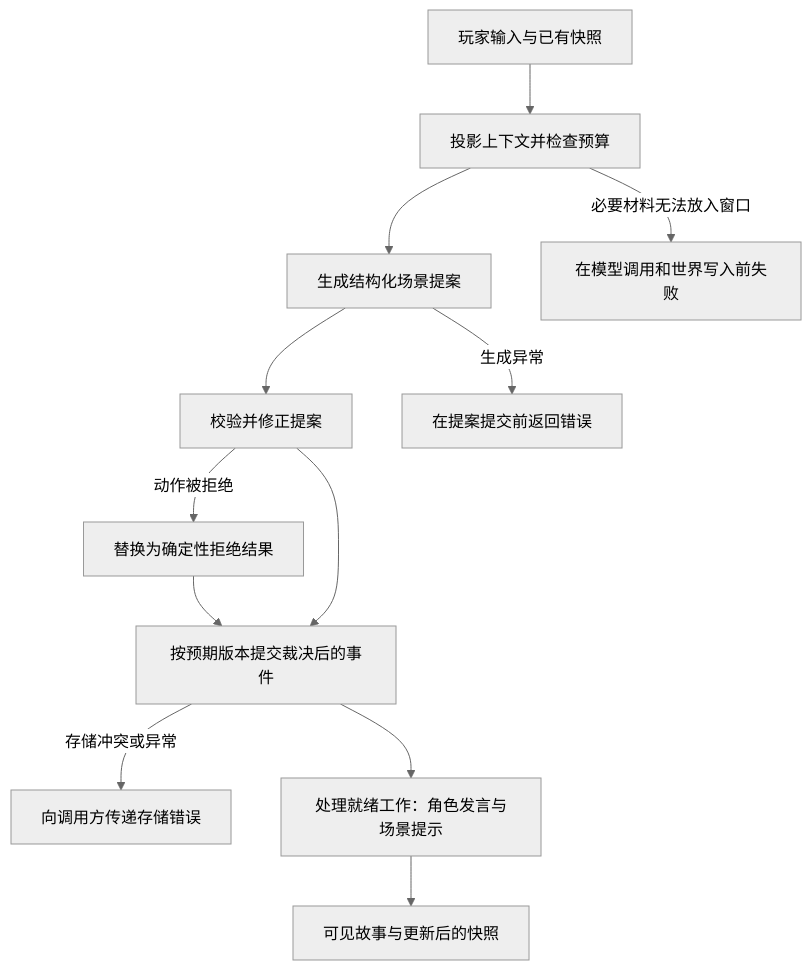
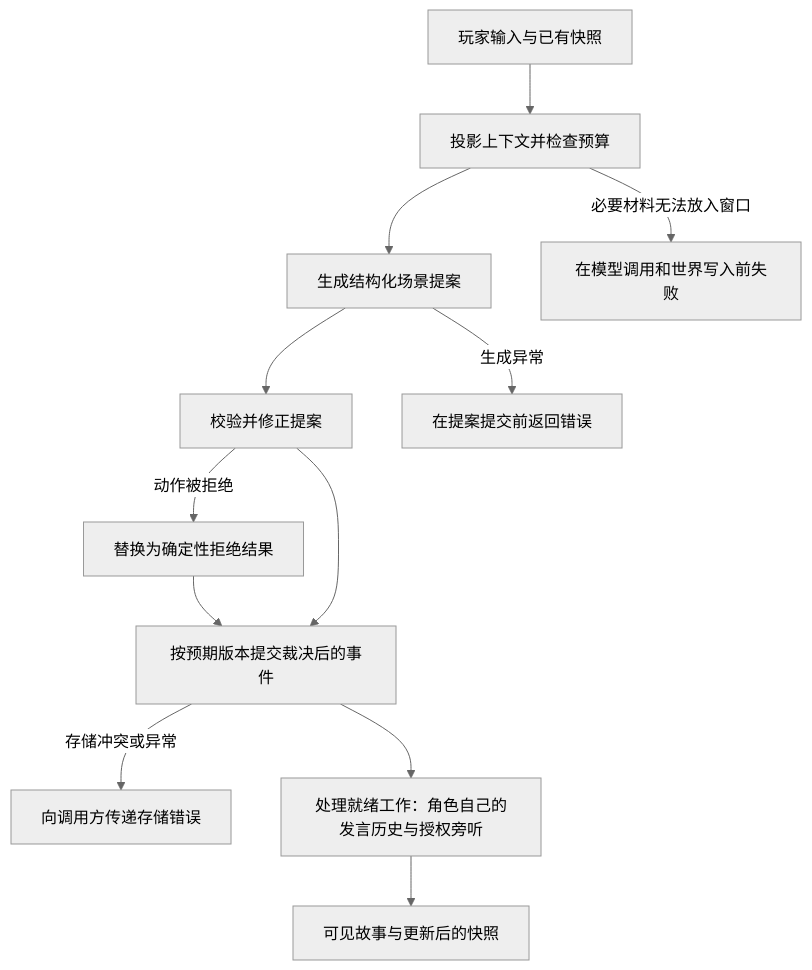
Before and after one commit to storyloop0/storyloop-harness: the second of 3 diagrams in README.md, drawn with Mermaid (neutral theme). The commit also changed other lines of this file and 14 other files, not shown here.

````diff
--- a/README.md
+++ b/README.md
@@ -300,14 +317,14 @@
 ```mermaid
 flowchart TD
     Input[玩家输入与已有快照] --> Project[投影上下文并检查预算]
     Project --> Generate[生成结构化场景提案]
     Project -->|必要材料无法放入窗口| Fail[在模型调用和世界写入前失败]
     Generate --> Validate[校验并修正提案]
     Generate -->|生成异常| Stop[在提案提交前返回错误]
     Validate -->|动作被拒绝| Rejected[替换为确定性拒绝结果]
     Rejected --> Commit
     Validate --> Commit[按预期版本提交裁决后的事件]
     Commit -->|存储冲突或异常| StoreError[向调用方传递存储错误]
-    Commit --> Work[处理就绪工作：角色发言与场景提示]
+    Commit --> Work[处理就绪工作：角色自己的发言历史与授权旁听]
     Work --> Output[可见故事与更新后的快照]
 ```
````
